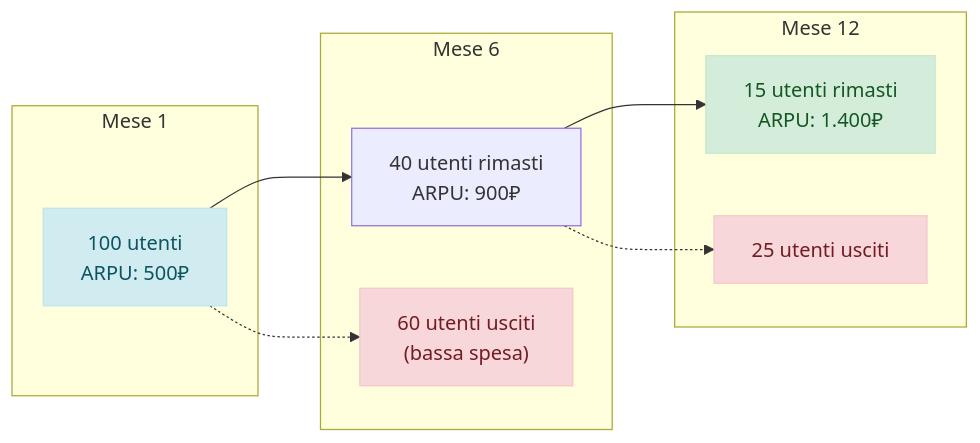
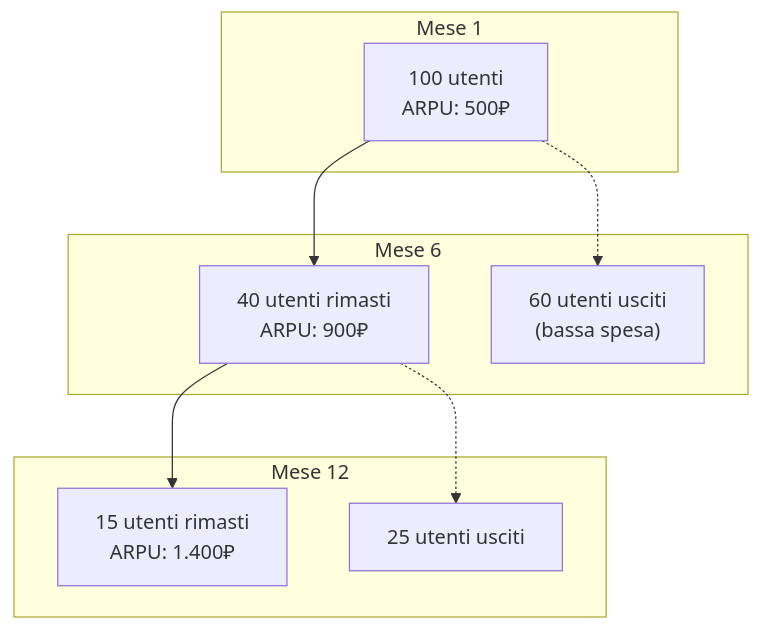
Before and after one commit to AndreyBertasini/gynnitech: diagram 11 of 12 in src/content/corso/analisi-prodotto/analisi-coorte.mdx, drawn with Mermaid. The commit also changed other lines of this file and 110 other files, not shown here.

First line of the commit message:
chore(content): optimize mermaid diagrams for mobile and dark theme

````diff
--- a/src/content/corso/analisi-prodotto/analisi-coorte.mdx
+++ b/src/content/corso/analisi-prodotto/analisi-coorte.mdx
@@ -363,22 +328,18 @@
 ```mermaid
-graph LR
+flowchart TD
     subgraph "Mese 1"
         M1["100 utenti<br/>ARPU: 500₽"]
     end
     subgraph "Mese 6"
         M6["40 utenti rimasti<br/>ARPU: 900₽"]
         M6X["60 utenti usciti<br/>(bassa spesa)"]
     end
     subgraph "Mese 12"
         M12["15 utenti rimasti<br/>ARPU: 1.400₽"]
         M12X["25 utenti usciti"]
     end
     M1 --> M6
     M1 -.-> M6X
     M6 --> M12
     M6 -.-> M12X
-    style M6X fill:#f8d7da,stroke:#f5c6cb,color:#721c24
-    style M12X fill:#f8d7da,stroke:#f5c6cb,color:#721c24
-    style M1 fill:#d1ecf1,stroke:#bee5eb,color:#0c5460
-    style M12 fill:#d4edda,stroke:#c3e6cb,color:#155724
 ```
````
